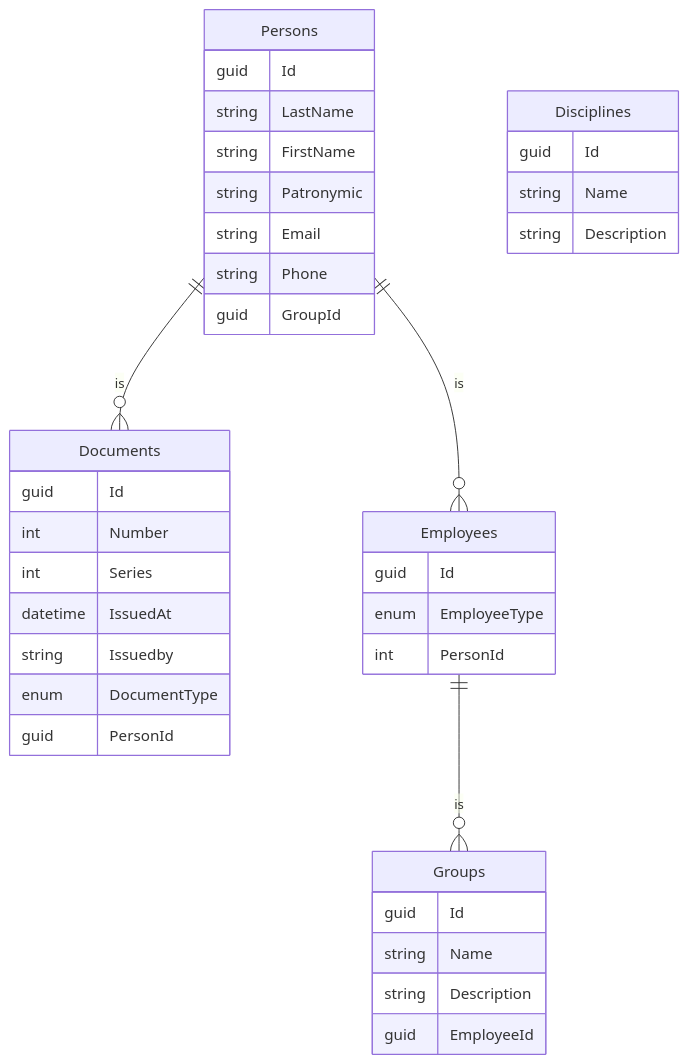
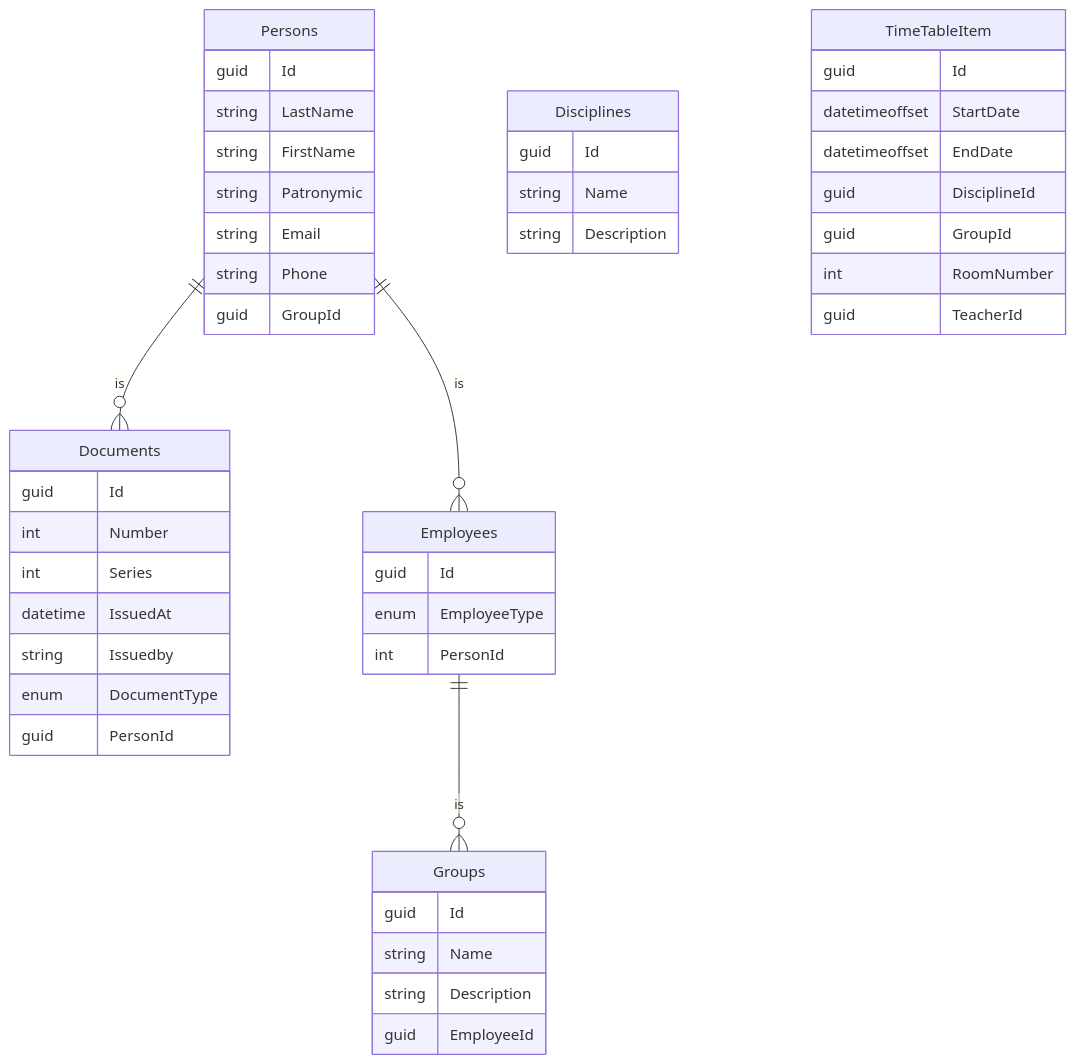
Before and after one commit to SlavaNik16/Accessories_PC_Nik_Api: the diagram in README.md, drawn with Mermaid.

````diff
--- a/README.md
+++ b/README.md
@@ -5,45 +5,55 @@
 ```mermaid
 erDiagram
 
     Persons {
         guid Id
         string LastName
         string FirstName
         string Patronymic
         string Email
         string Phone
         guid GroupId
     }
     
     Documents {
         guid Id
         int Number
         int Series
         datetime IssuedAt
         string Issuedby
         enum DocumentType
         guid PersonId
     }
     
     Disciplines {
             guid Id
             string Name
             string Description
     }
     
     Employees {
         guid Id
         enum EmployeeType
         int PersonId
     }
 
     Groups {
                 guid Id
                 string Name
                 string Description
                 guid EmployeeId
     }
+
+     TimeTableItem {
+            guid Id
+            datetimeoffset StartDate
+            datetimeoffset EndDate
+            guid DisciplineId
+            guid GroupId
+            int RoomNumber
+            guid TeacherId
+    }
     Persons ||--o{ Documents: is
     Persons ||--o{ Employees: is
     Employees ||--o{ Groups: is
 ```
````
